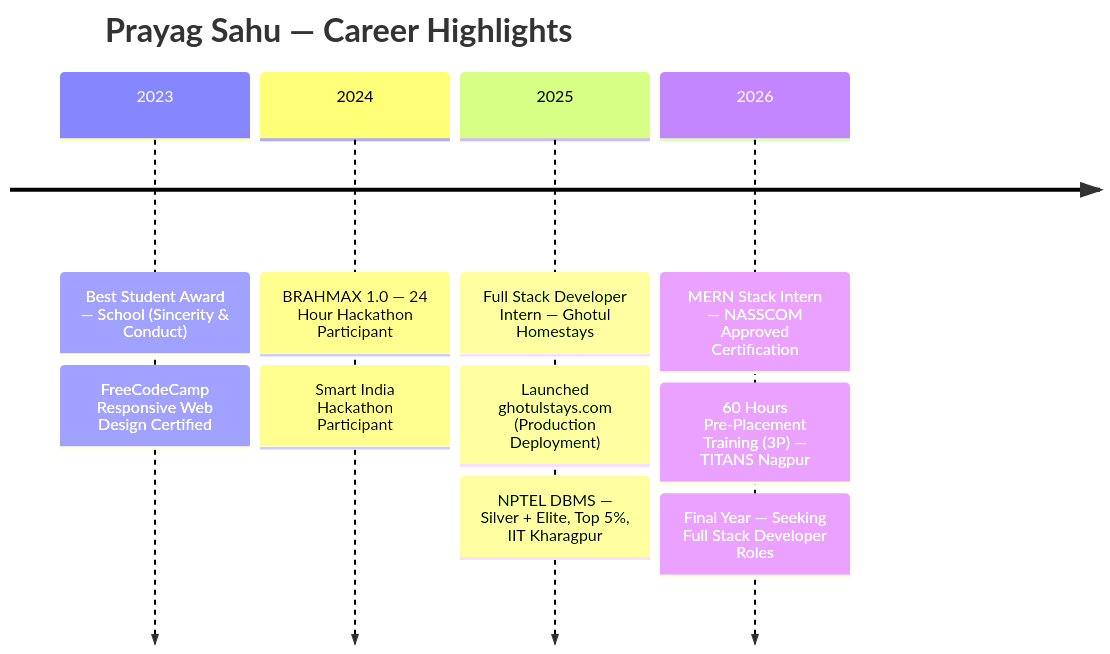
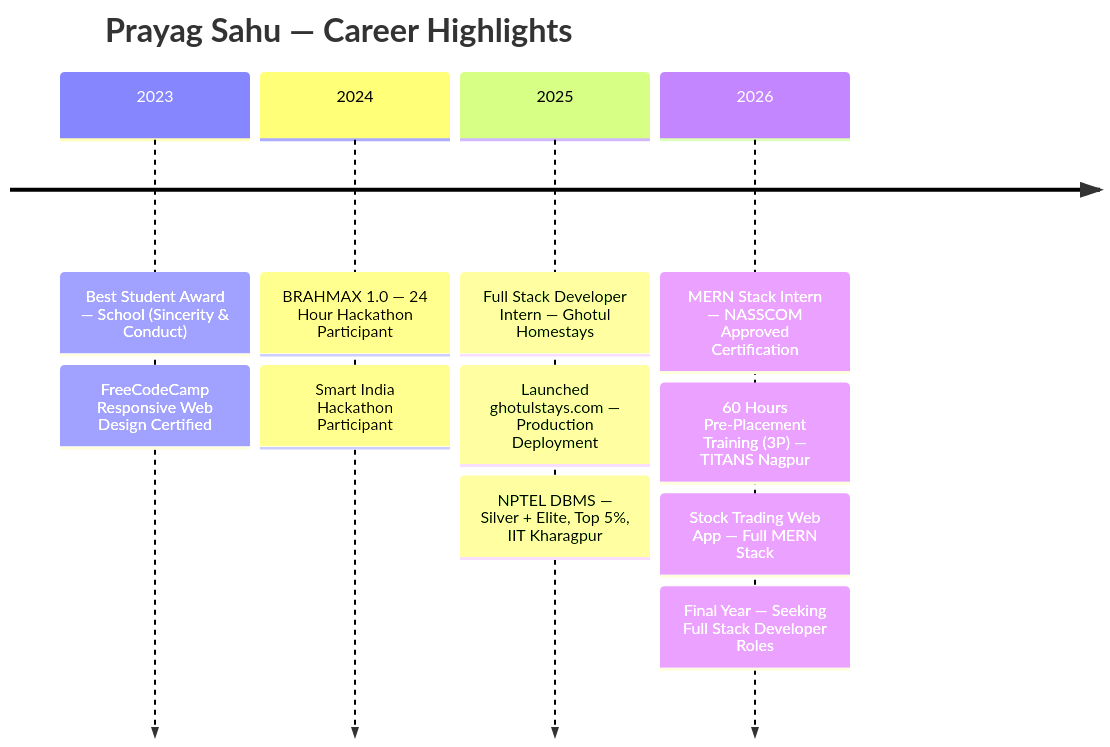
Before and after one commit to prayag29-sahu/prayag29-sahu: the diagram in README.md, drawn with Mermaid. The commit also changed other lines of this file, not shown here.

````diff
--- a/README.md
+++ b/README.md
@@ -35,14 +44,15 @@
 ```mermaid
 timeline
     title Prayag Sahu — Career Highlights
     2023 : Best Student Award — School (Sincerity & Conduct)
          : FreeCodeCamp Responsive Web Design Certified
     2024 : BRAHMAX 1.0 — 24 Hour Hackathon Participant
          : Smart India Hackathon Participant
     2025 : Full Stack Developer Intern — Ghotul Homestays
-         : Launched ghotulstays.com (Production Deployment)
+         : Launched ghotulstays.com — Production Deployment
          : NPTEL DBMS — Silver + Elite, Top 5%, IIT Kharagpur
     2026 : MERN Stack Intern — NASSCOM Approved Certification
          : 60 Hours Pre-Placement Training (3P) — TITANS Nagpur
+         : Stock Trading Web App — Full MERN Stack
          : Final Year — Seeking Full Stack Developer Roles
 ```
````
